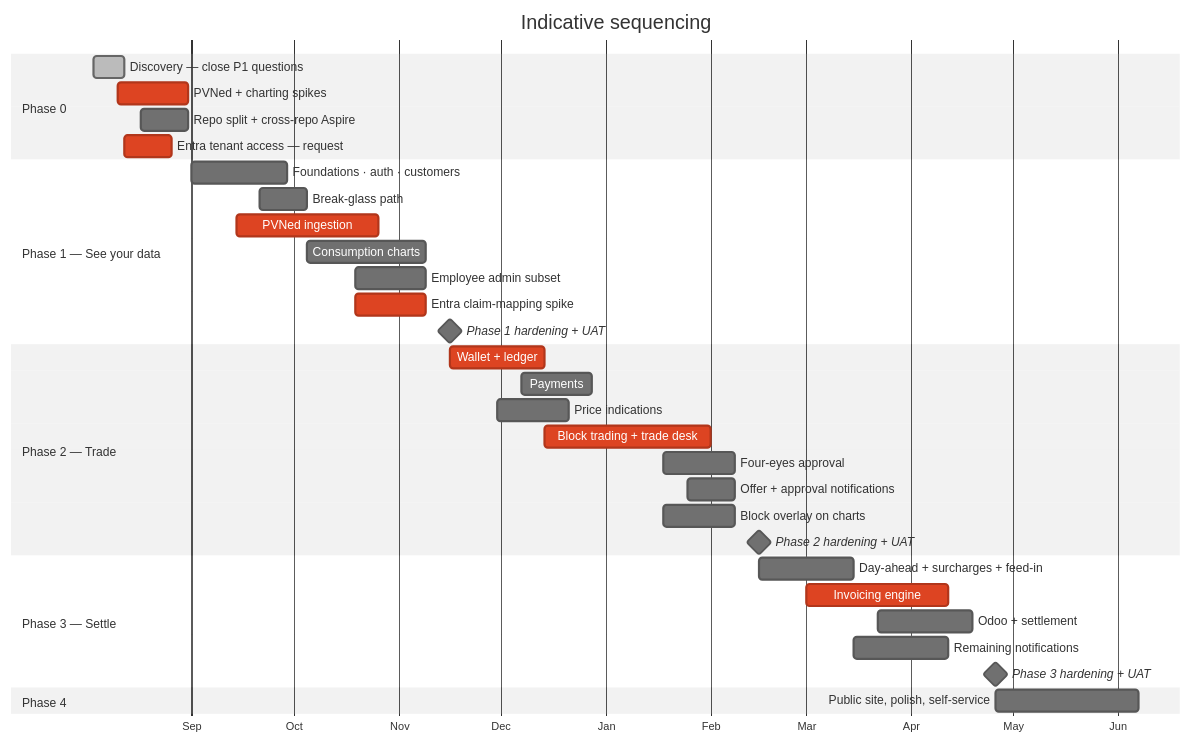
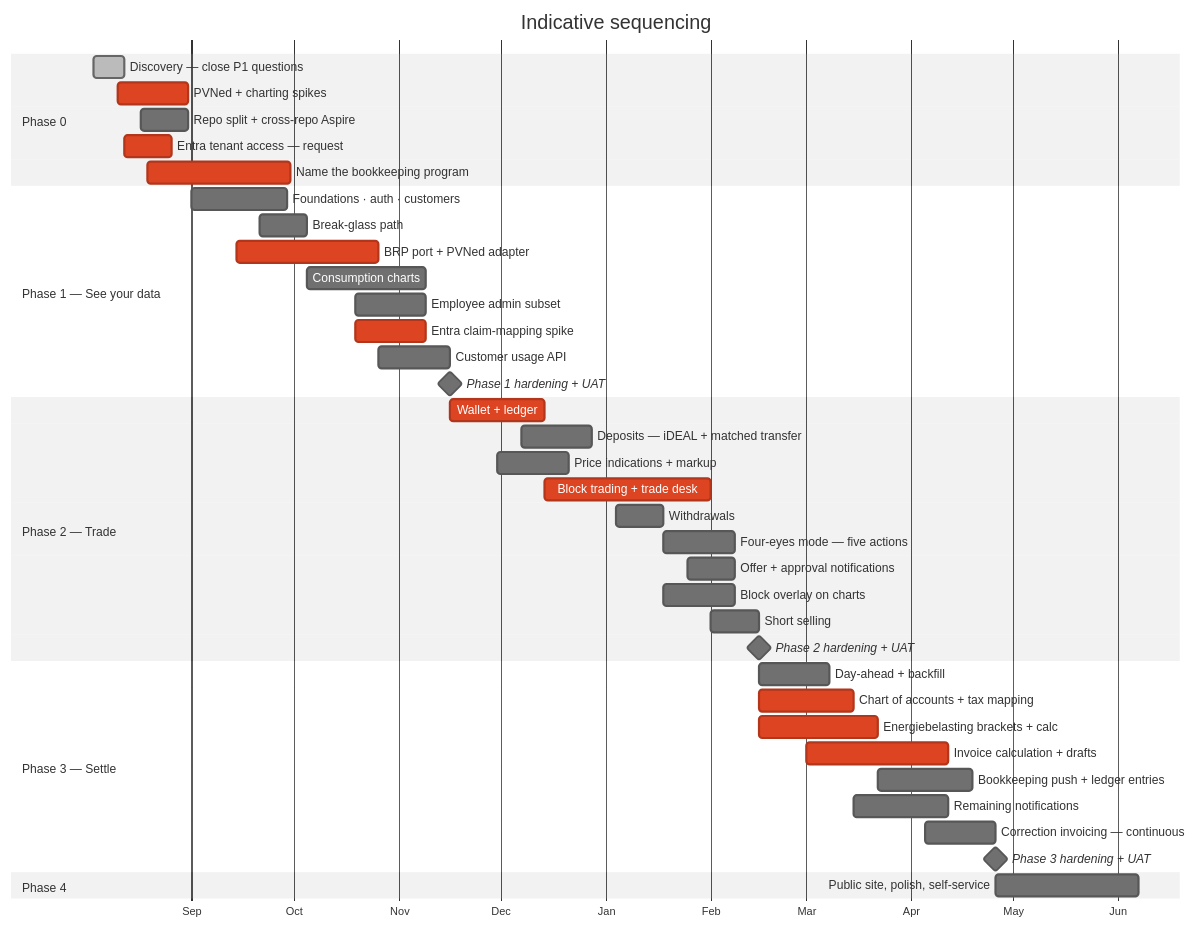
Before and after one commit to lukastosic-ifd/peakpowerspecs: the first of 2 diagrams in specs/70-delivery/01-roadmap-and-phasing.md, drawn with Mermaid (neutral theme). The commit also changed other lines of this file and 66 other files, not shown here.

````diff
--- a/specs/70-delivery/01-roadmap-and-phasing.md
+++ b/specs/70-delivery/01-roadmap-and-phasing.md
@@ -49,41 +78,48 @@
 ```mermaid
 gantt
     title Indicative sequencing
     dateFormat YYYY-MM-DD
     axisFormat %b
 
     section Phase 0
     Discovery — close P1 questions      :done, p0, 2026-08-03, 9d
     PVNed + charting spikes             :crit, p0b, 2026-08-10, 21d
     Repo split + cross-repo Aspire      :p0c, 2026-08-17, 14d
     Entra tenant access — request       :crit, p0d, 2026-08-12, 14d
+    Name the bookkeeping program        :crit, p0e, 2026-08-19, 42d
 
     section Phase 1 — See your data
     Foundations · auth · customers      :p1a, 2026-09-01, 28d
     Break-glass path                    :p1e, 2026-09-21, 14d
-    PVNed ingestion                     :crit, p1b, 2026-09-14, 42d
+    BRP port + PVNed adapter            :crit, p1b, 2026-09-14, 42d
     Consumption charts                  :p1c, 2026-10-05, 35d
     Employee admin subset               :p1d, 2026-10-19, 21d
     Entra claim-mapping spike           :crit, p1f, 2026-10-19, 21d
+    Customer usage API                  :p1g, 2026-10-26, 21d
     Phase 1 hardening + UAT             :milestone, m1, 2026-11-16, 0d
 
     section Phase 2 — Trade
     Wallet + ledger                     :crit, p2a, 2026-11-16, 28d
-    Payments                            :p2b, 2026-12-07, 21d
-    Price indications                   :p2c, 2026-11-30, 21d
+    Deposits — iDEAL + matched transfer :p2b, 2026-12-07, 21d
+    Price indications + markup          :p2c, 2026-11-30, 21d
     Block trading + trade desk          :crit, p2d, 2026-12-14, 49d
-    Four-eyes approval                  :p2f, 2027-01-18, 21d
+    Withdrawals                         :p2i, 2027-01-04, 14d
+    Four-eyes mode — five actions       :p2f, 2027-01-18, 21d
     Offer + approval notifications      :p2g, 2027-01-25, 14d
     Block overlay on charts             :p2e, 2027-01-18, 21d
+    Short selling                       :p2h, 2027-02-01, 14d
     Phase 2 hardening + UAT             :milestone, m2, 2027-02-15, 0d
 
     section Phase 3 — Settle
-    Day-ahead + surcharges + feed-in    :p3a, 2027-02-15, 28d
-    Invoicing engine                    :crit, p3b, 2027-03-01, 42d
-    Odoo + settlement                   :p3c, 2027-03-22, 28d
+    Day-ahead + backfill                :p3a, 2027-02-15, 21d
+    Chart of accounts + tax mapping     :crit, p3e, 2027-02-15, 28d
+    Energiebelasting brackets + calc    :crit, p3f, 2027-02-15, 35d
+    Invoice calculation + drafts        :crit, p3b, 2027-03-01, 42d
+    Bookkeeping push + ledger entries   :p3c, 2027-03-22, 28d
     Remaining notifications             :p3d, 2027-03-15, 28d
+    Correction invoicing — continuous   :p3g, 2027-04-05, 21d
     Phase 3 hardening + UAT             :milestone, m3, 2027-04-26, 0d
 
     section Phase 4
     Public site, polish, self-service   :p4, 2027-04-26, 42d
 ```
````
